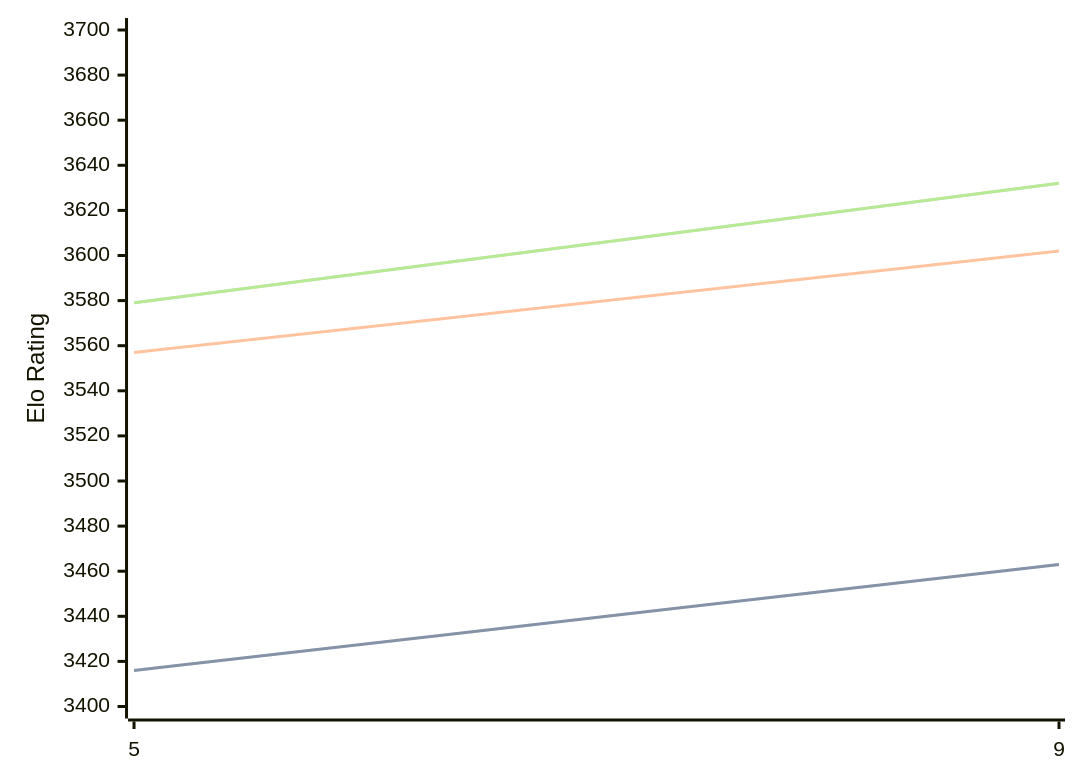
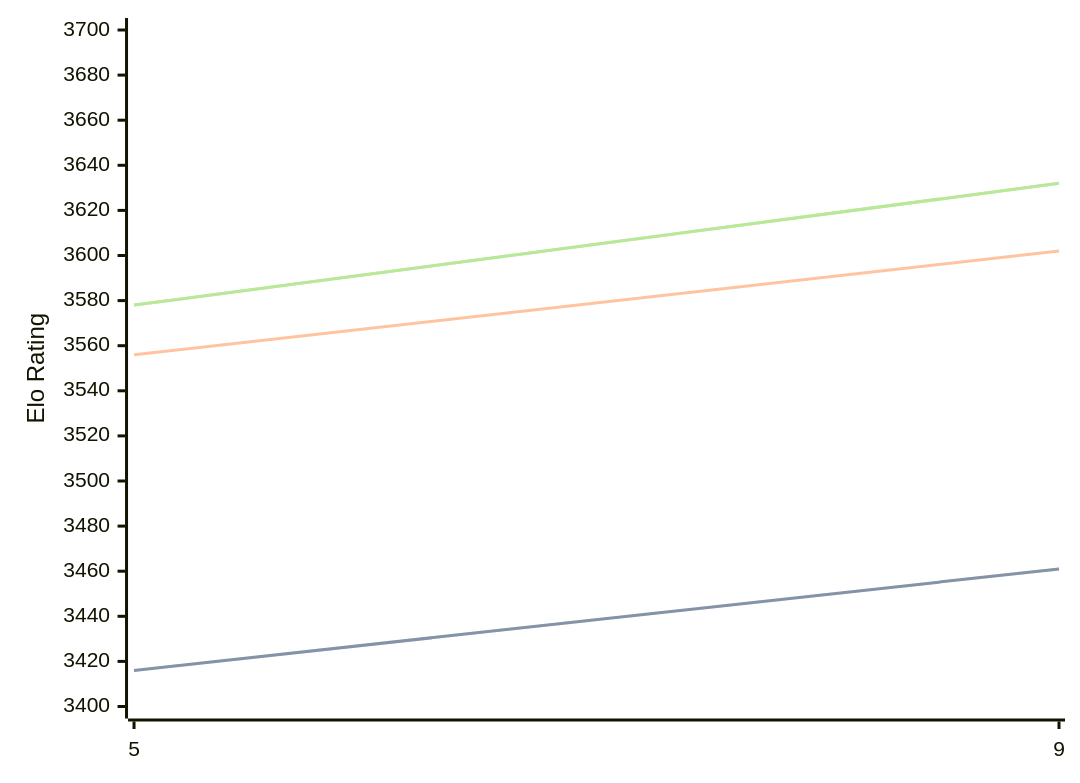
One commit to computer-chess-index/cci changed the diagram in engines/Crystal.md. Above: the diagram before and after it, drawn with Mermaid. The commit also changed other lines of this file, not shown here.

Commit message:
Update CCI Ratings (ELO VLTC) - 2026-04-21

````diff
--- a/engines/Crystal.md
+++ b/engines/Crystal.md
@@ -60,11 +60,11 @@
 ```mermaid
 %%{init: {"theme":"base","themeVariables":{"seriesColors:['#a3a3a3','#222221','#faa371']}}}%%
 xychart-beta
   x-axis ["5", "9"]
   y-axis "Elo Rating" 3400 --> 3700
-  line "STC (8.0+0.08s)" [3416, 3463]
-  line "STC (8.0+0.08s)" [3416, 3463]
-  line "LTC (60.0+0.60s)" [3557, 3602]
-  line "VLTC (2m24s+1.12s)" [3579, 3632]
-  line "VLTC (2m24s+1.12s)" [3579, 3632]
+  line "STC (8.0+0.08s)" [3416, 3461]
+  line "STC (8.0+0.08s)" [3416, 3461]
+  line "LTC (60.0+0.60s)" [3556, 3602]
+  line "VLTC (2m24s+1.12s)" [3578, 3632]
+  line "VLTC (2m24s+1.12s)" [3578, 3632]
 ```
````
